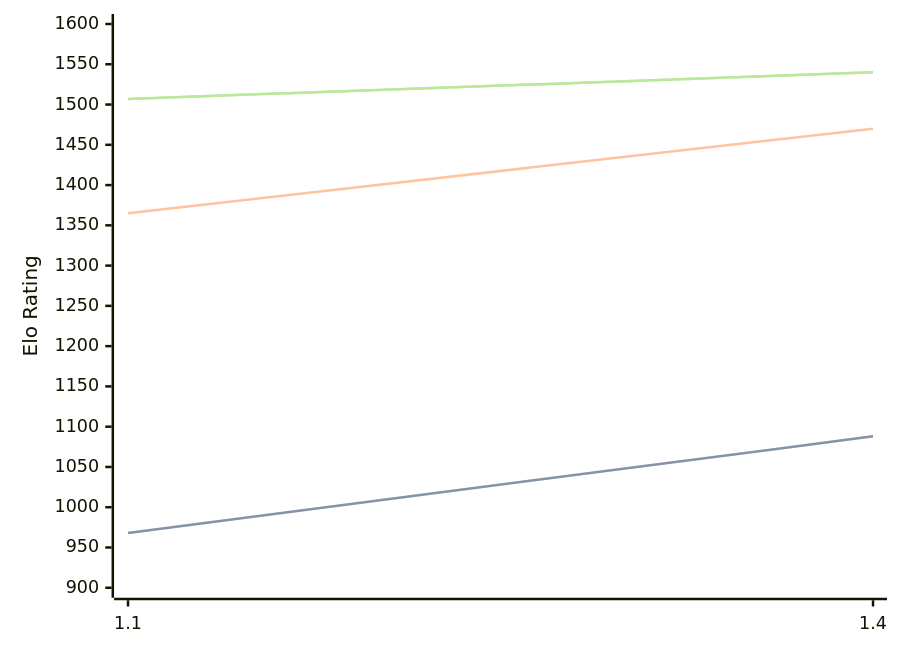
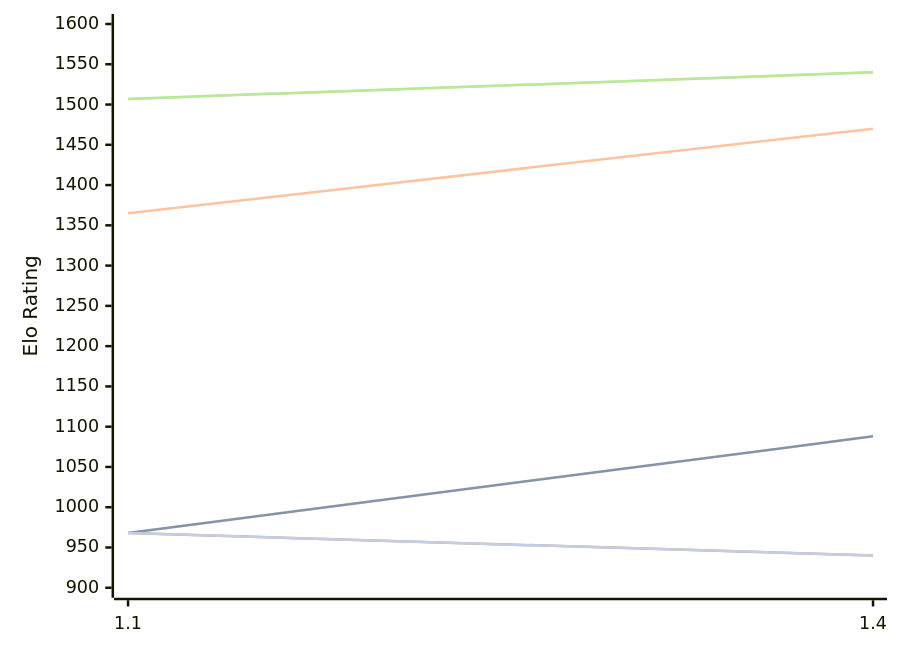
One commit to computer-chess-index/cci changed the diagram in engines/USunfish.md. Above: the diagram before and after it, drawn with Mermaid. The commit also changed other lines of this file, not shown here.

Commit message:
Update CCI Ratings (ELO VLTC) - 2026-10-11

````diff
--- a/engines/USunfish.md
+++ b/engines/USunfish.md
@@ -48,16 +48,13 @@
 ```mermaid
 %%{init: {"theme":"base","themeVariables":{"seriesColors:['#a3a3a3','#222221','#faa371']}}}%%
 xychart-beta
   x-axis ["1.1", "1.4"]
   y-axis "Elo Rating" 900 --> 1600
   line "" [968, 1088]
   line "T1: STC (8.0+0.08s)" [968, 1088]
   line "T1: LTC (60.0+0.60s)" [1365, 1470]
   line "" [1507, 1540]
   line "T1: VLTC (2m24s+1.12s)" [1507, 1540]
-  line "" [938]
-  line "E1: STC (8.0+0.08s)" [938]
-  line "E1: LTC (60.0+0.60s)" [1353]
-  line "" [1422]
-  line "E1: VLTC (2m24s+1.12s)" [1422]
+  line "" [968,940]
+  line "E1: STC (8.0+0.08s)" [968,940]
 ```
````
